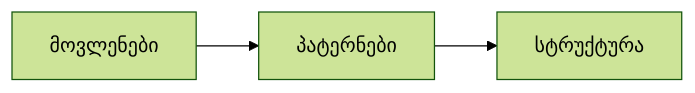
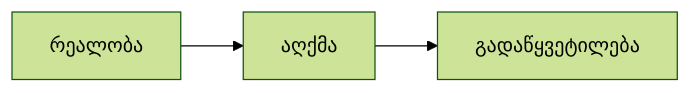
Before and after one commit to DavidTbilisi/BookSummary: diagram 15 of 25 in books/src/007.md, drawn with Mermaid (forest theme). The commit also changed other lines of this file and 10 other files, not shown here.

````diff
--- a/books/src/007.md
+++ b/books/src/007.md
@@ -173,5 +261,4 @@
 ```mermaid
 flowchart LR
-  Events[მოვლენები] --> Patterns[პატერნები]
-  Patterns --> Structure[სტრუქტურა]
+  Reality[რეალობა] --> Perception[აღქმა] --> Decision[გადაწყვეტილება]
 ```
````
